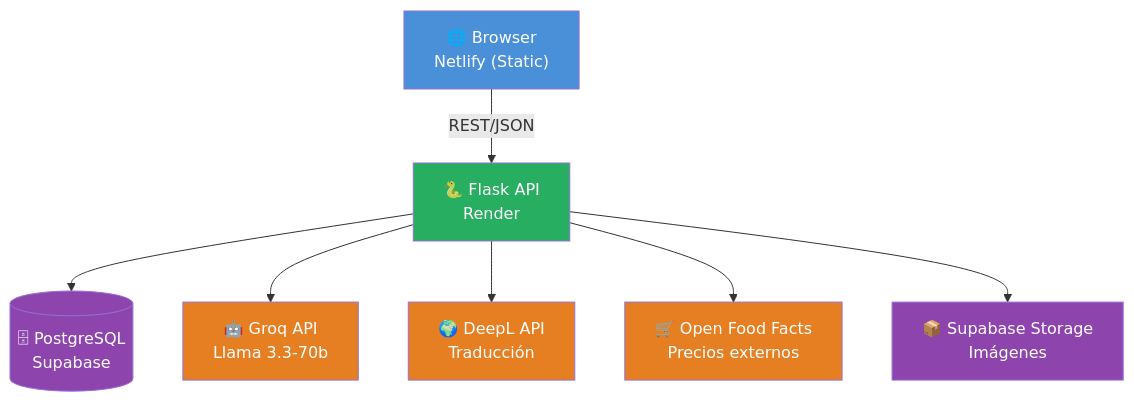
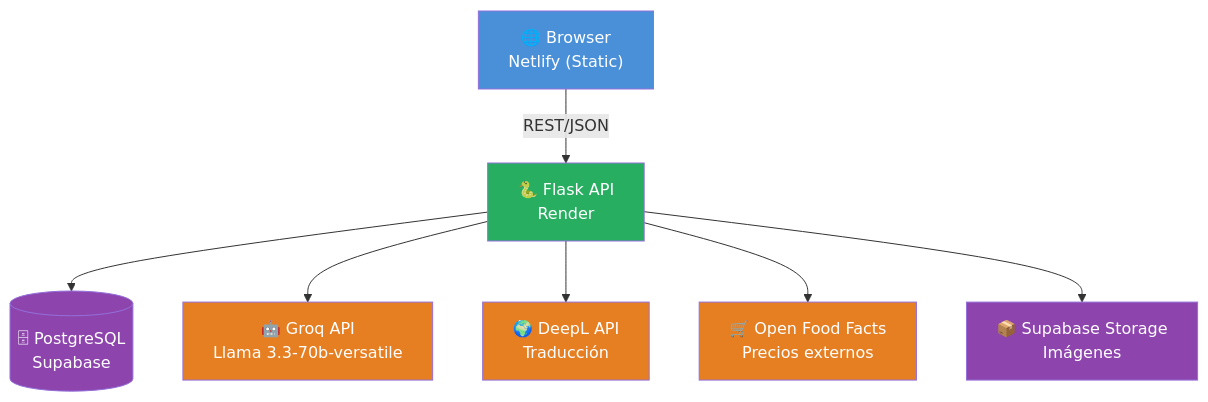
Before and after one commit to juliangf94/recipe-scanner: the first of 3 diagrams in presentacion_final.md, drawn with Mermaid. The commit also changed other lines of this file and 11 other files, not shown here.

````diff
--- a/presentacion_final.md
+++ b/presentacion_final.md
@@ -69,17 +69,17 @@
 ```mermaid
 graph TD
     A["🌐 Browser\nNetlify (Static)"] -->|REST/JSON| B["🐍 Flask API\nRender"]
     B --> C[("🗄 PostgreSQL\nSupabase")]
-    B --> D["🤖 Groq API\nLlama 3.3-70b"]
+    B --> D["🤖 Groq API\nLlama 3.3-70b-versatile"]
     B --> E["🌍 DeepL API\nTraducción"]
     B --> F["🛒 Open Food Facts\nPrecios externos"]
     B --> G["📦 Supabase Storage\nImágenes"]
 
     style A fill:#4A90D9,color:#fff
     style B fill:#27AE60,color:#fff
     style C fill:#8E44AD,color:#fff
     style D fill:#E67E22,color:#fff
     style E fill:#E67E22,color:#fff
     style F fill:#E67E22,color:#fff
     style G fill:#8E44AD,color:#fff
 ```
````
